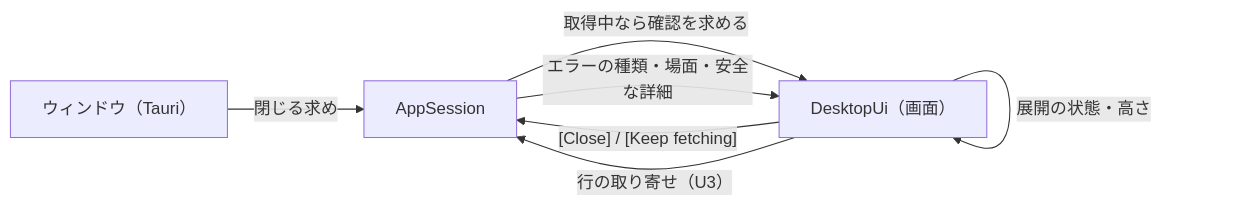
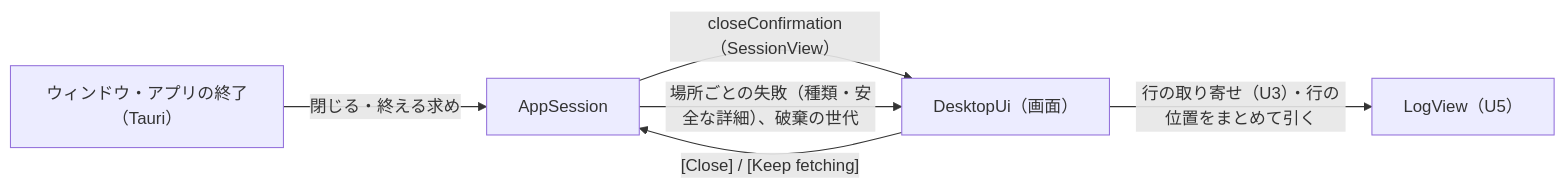
Before and after one commit to kdnakt/local-sights: the first of 3 diagrams in aidlc/spaces/default/intents/261002-cwlogs-viewer/construction/u7-ui-polish/functional-design/functional-spec.md, drawn with Mermaid. The commit also changed other lines of this file and 4 other files, not shown here.

````diff
--- a/aidlc/spaces/default/intents/261002-cwlogs-viewer/construction/u7-ui-polish/functional-design/functional-spec.md
+++ b/aidlc/spaces/default/intents/261002-cwlogs-viewer/construction/u7-ui-polish/functional-design/functional-spec.md
@@ -16,9 +16,8 @@
 ```mermaid
 graph LR
-  W["ウィンドウ（Tauri）"] -->|"閉じる求め"| AS["AppSession"]
-  AS -->|"取得中なら確認を求める"| UI["DesktopUi（画面）"]
+  W["ウィンドウ・アプリの終了（Tauri）"] -->|"閉じる・終える求め"| AS["AppSession"]
+  AS -->|"closeConfirmation（SessionView）"| UI["DesktopUi（画面）"]
   UI -->|"[Close] / [Keep fetching]"| AS
-  UI -->|"行の取り寄せ（U3）"| AS
-  UI -->|"展開の状態・高さ"| UI
-  AS -->|"エラーの種類・場面・安全な詳細"| UI
+  UI -->|"行の取り寄せ（U3）・行の位置をまとめて引く"| LV["LogView（U5）"]
+  AS -->|"場所ごとの失敗（種類・安全な詳細）、破棄の世代"| UI
 ```
````
